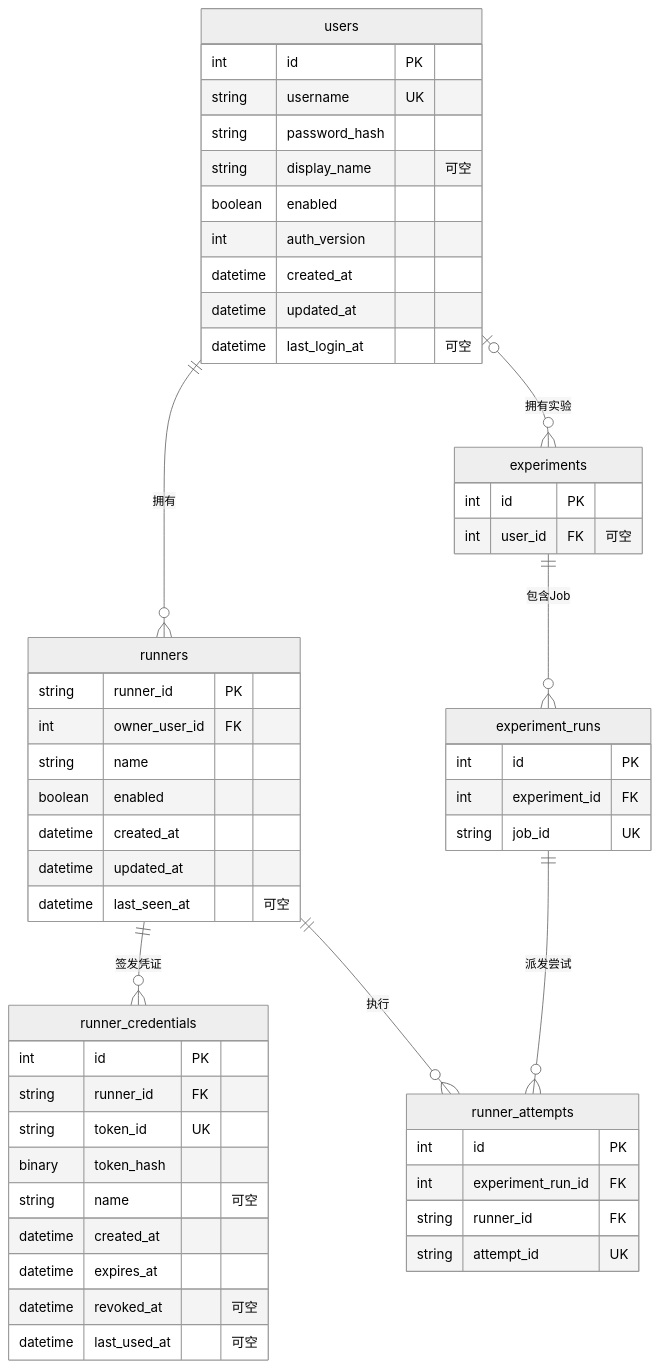
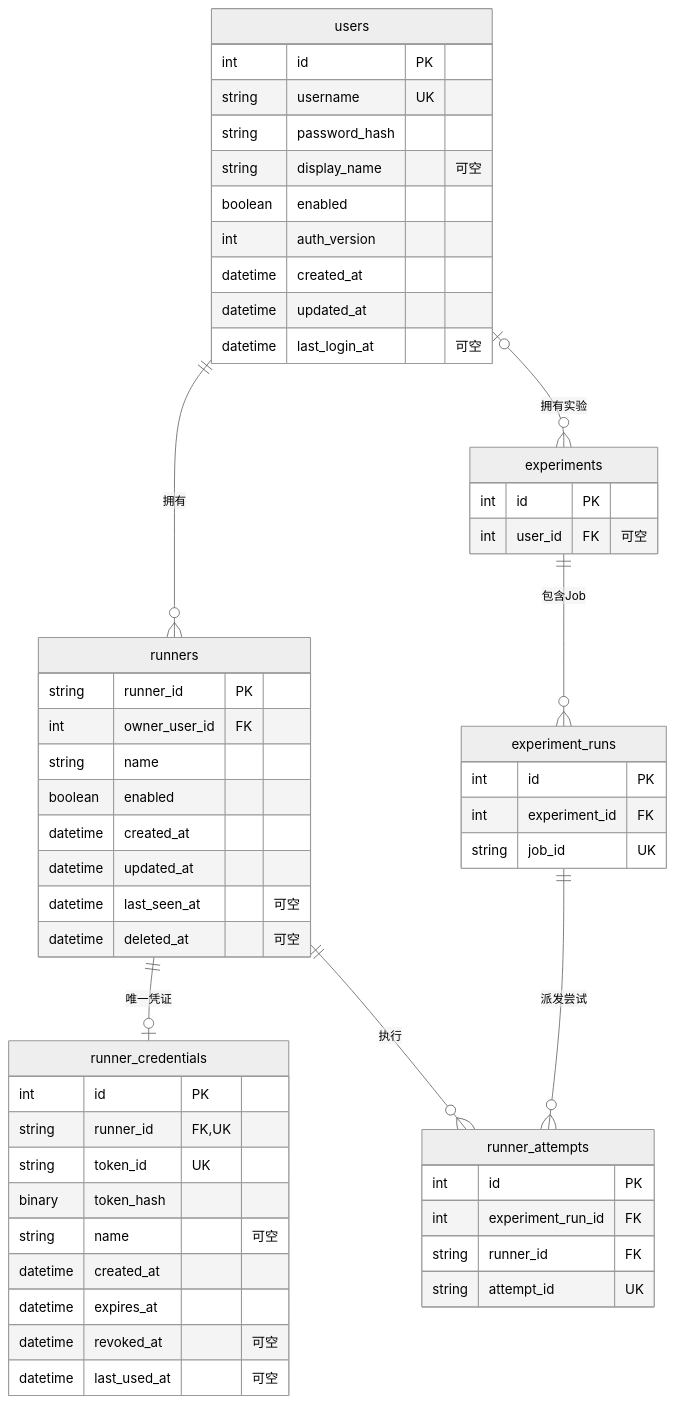
One commit to qinghuan136/EvalForge changed the diagram in docs/auth-schema.md. Above: the diagram before and after it, drawn with Mermaid (neutral theme). The commit also changed other lines of this file and 28 other files, not shown here.

````diff
--- a/docs/auth-schema.md
+++ b/docs/auth-schema.md
@@ -11,56 +11,57 @@
 ```mermaid
 erDiagram
     users ||--o{ runners : "拥有"
-    runners ||--o{ runner_credentials : "签发凭证"
+    runners ||--o| runner_credentials : "唯一凭证"
     users o|--o{ experiments : "拥有实验"
     experiments ||--o{ experiment_runs : "包含Job"
     experiment_runs ||--o{ runner_attempts : "派发尝试"
     runners ||--o{ runner_attempts : "执行"
 
     users {
         int id PK
         string username UK
         string password_hash
         string display_name "可空"
         boolean enabled
         int auth_version
         datetime created_at
         datetime updated_at
         datetime last_login_at "可空"
     }
     runners {
         string runner_id PK
         int owner_user_id FK
         string name
         boolean enabled
         datetime created_at
         datetime updated_at
         datetime last_seen_at "可空"
+        datetime deleted_at "可空"
     }
     runner_credentials {
         int id PK
-        string runner_id FK
+        string runner_id FK, UK
         string token_id UK
         binary token_hash
         string name "可空"
         datetime created_at
         datetime expires_at
         datetime revoked_at "可空"
         datetime last_used_at "可空"
     }
     experiments {
         int id PK
         int user_id FK "可空"
     }
     experiment_runs {
         int id PK
         int experiment_id FK
         string job_id UK
     }
     runner_attempts {
         int id PK
         int experiment_run_id FK
         string runner_id FK
         string attempt_id UK
     }
 ```
````
